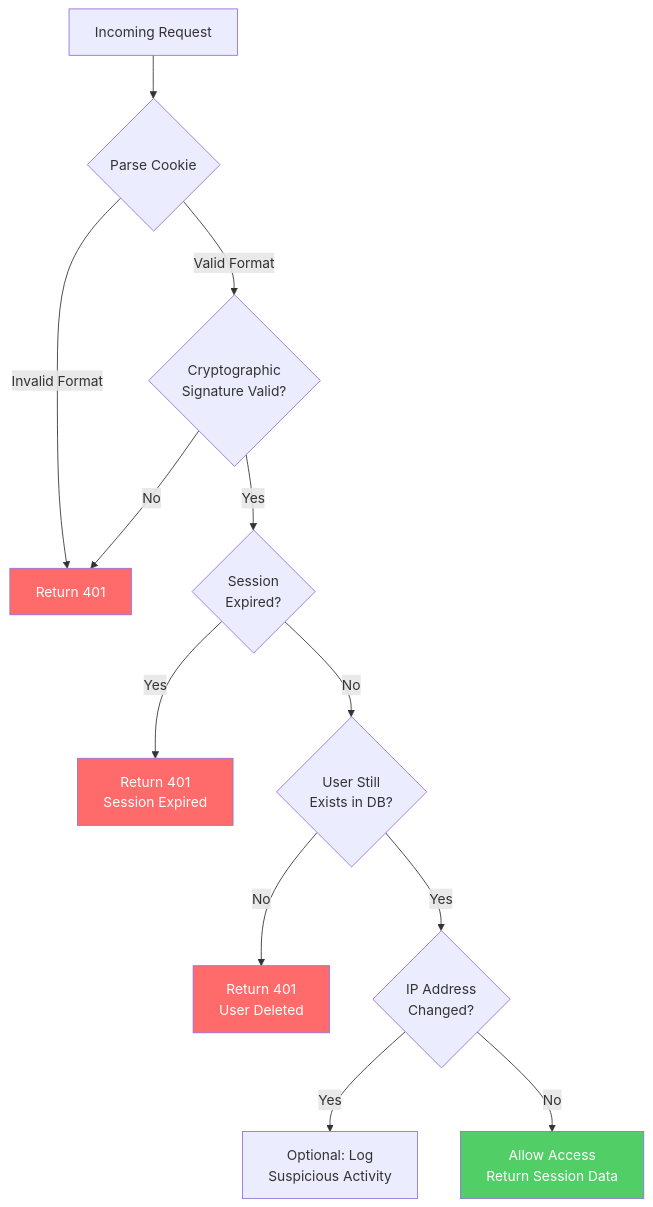
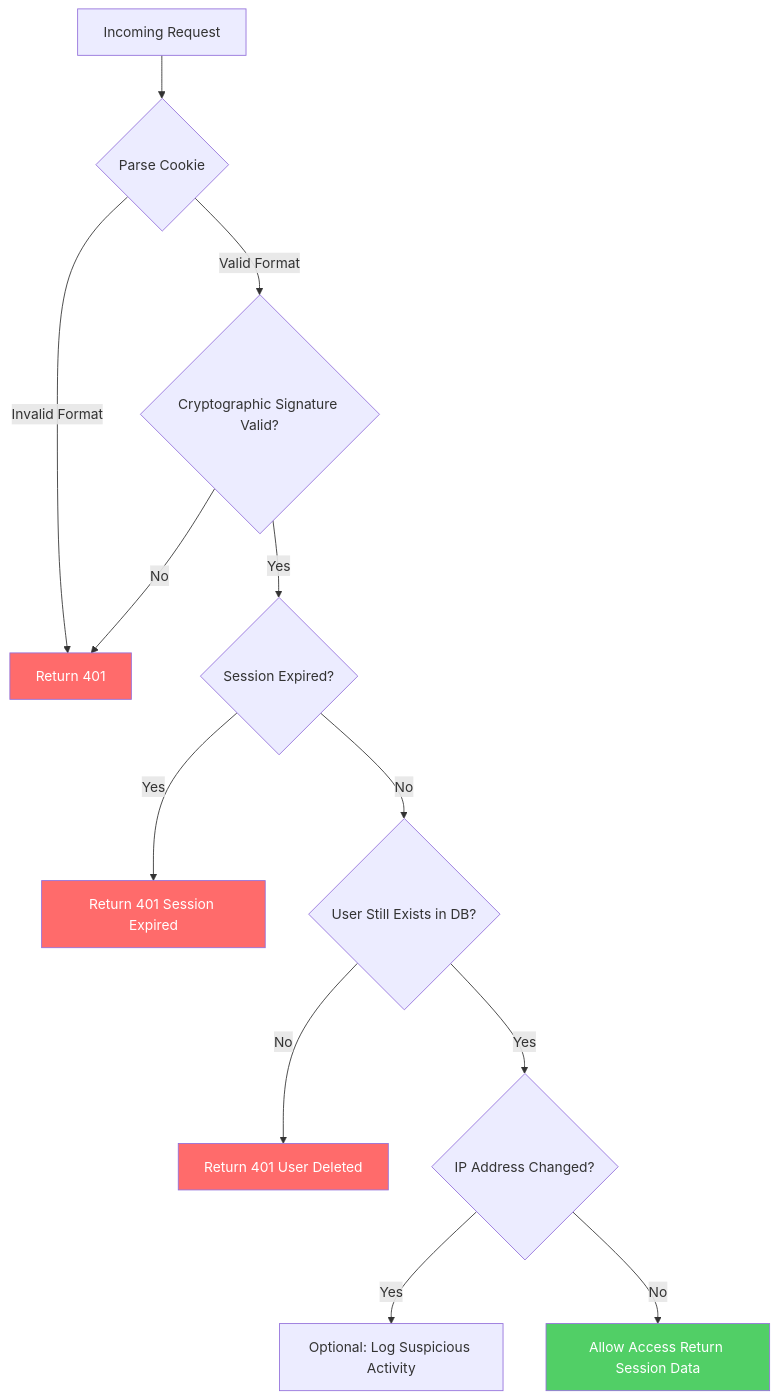
Before and after one commit to PKPL-Pusing-Kurang-Paham-Lurr/tk-2: the seventh of 18 diagrams in README.md, drawn with Mermaid. The commit also changed other lines of this file, not shown here.

````diff
--- a/README.md
+++ b/README.md
@@ -359,19 +359,19 @@
 ```mermaid
 flowchart TD
     A[Incoming Request] --> B{Parse Cookie}
     B -->|Invalid Format| E[Return 401]
-    B -->|Valid Format| C{Cryptographic<br/>Signature Valid?}
+    B -->|Valid Format| C{Cryptographic Signature Valid?}
     C -->|No| E
-    C -->|Yes| D{Session<br/>Expired?}
-    D -->|Yes| F[Return 401<br/>Session Expired]
-    D -->|No| G{User Still<br/>Exists in DB?}
-    G -->|No| H[Return 401<br/>User Deleted]
-    G -->|Yes| I{IP Address<br/>Changed?}
-    I -->|Yes| J[Optional: Log<br/>Suspicious Activity]
-    I -->|No| K[Allow Access<br/>Return Session Data]
+    C -->|Yes| D{Session Expired?}
+    D -->|Yes| F[Return 401 Session Expired]
+    D -->|No| G{User Still Exists in DB?}
+    G -->|No| H[Return 401 User Deleted]
+    G -->|Yes| I{IP Address Changed?}
+    I -->|Yes| J[Optional: Log Suspicious Activity]
+    I -->|No| K[Allow Access Return Session Data]
     
     style E fill:#ff6b6b,color:#fff
     style F fill:#ff6b6b,color:#fff
     style H fill:#ff6b6b,color:#fff
     style K fill:#51cf66,color:#fff
 ```
````
